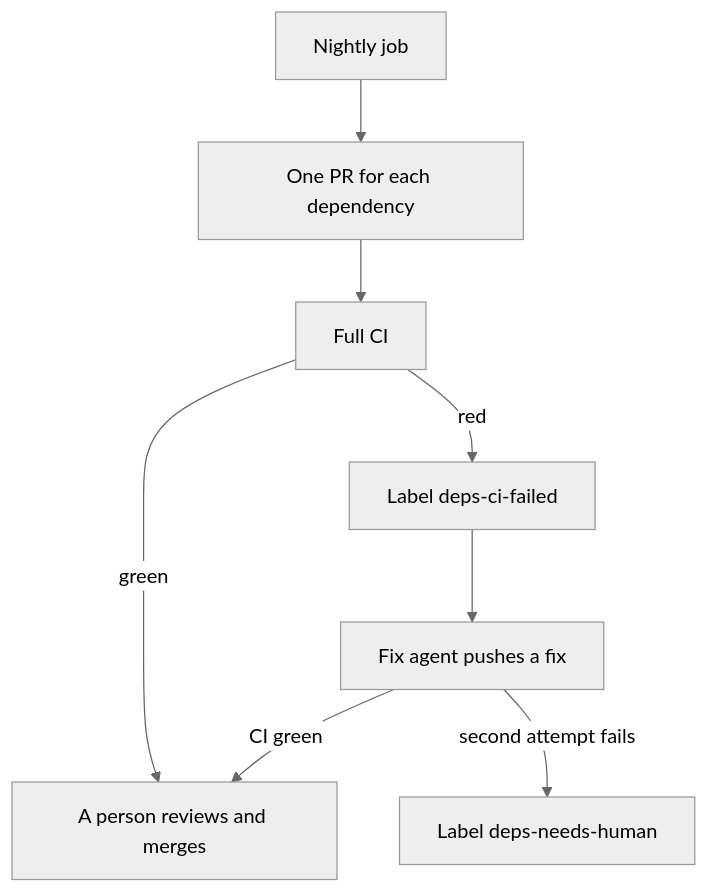
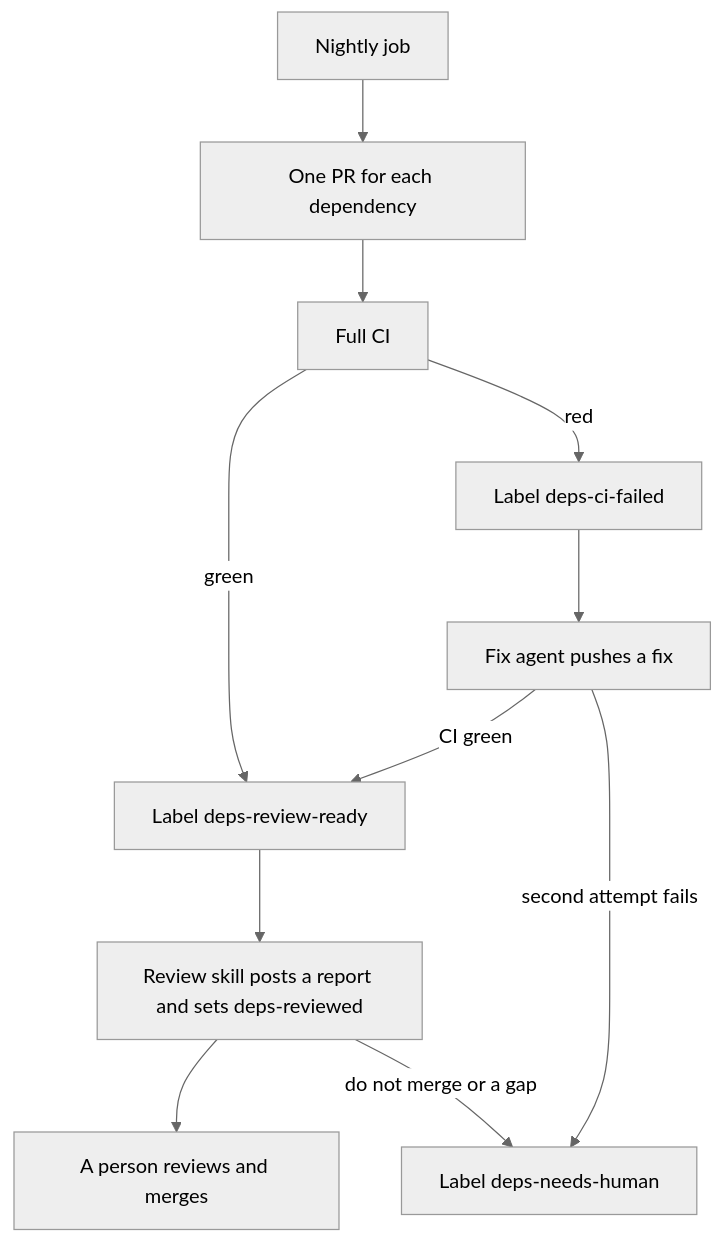
The diagram in docs/security/dependencies.md (Unique-AG/connectors), drawn with Mermaid (neutral theme) before and after one commit. The commit also changed other lines of this file and 2 other files, not shown here.

Commit message:
docs(main): add the review step after a green dependency CI

````diff
--- a/docs/security/dependencies.md
+++ b/docs/security/dependencies.md
@@ -10,10 +10,13 @@
 ```mermaid
 flowchart TD
   nightly[Nightly job] --> pr[One PR for each dependency]
   pr --> ci[Full CI]
-  ci -->|green| review[A person reviews and merges]
+  ci -->|green| ready[Label deps-review-ready]
   ci -->|red| failed[Label deps-ci-failed]
   failed --> agent[Fix agent pushes a fix]
-  agent -->|CI green| review
+  agent -->|CI green| ready
   agent -->|second attempt fails| human[Label deps-needs-human]
+  ready --> report[Review skill posts a report and sets deps-reviewed]
+  report --> review[A person reviews and merges]
+  report -->|do not merge or a gap| human
 ```
````
